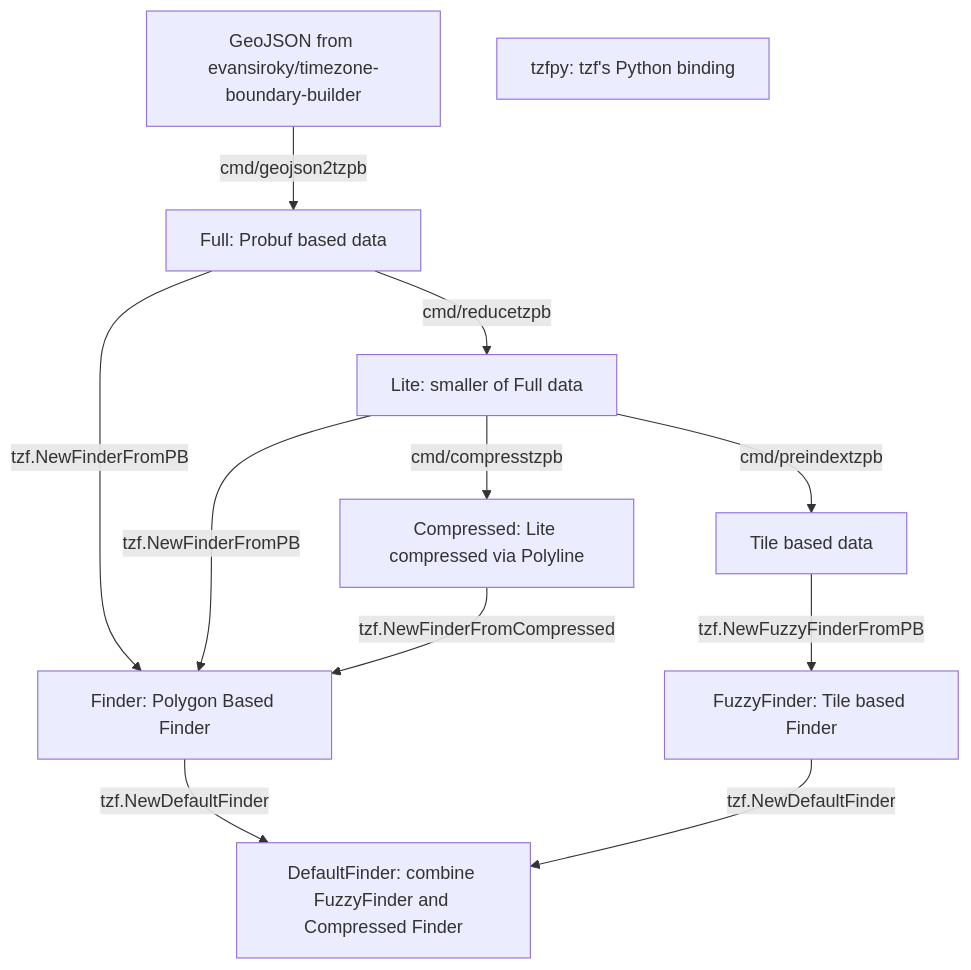
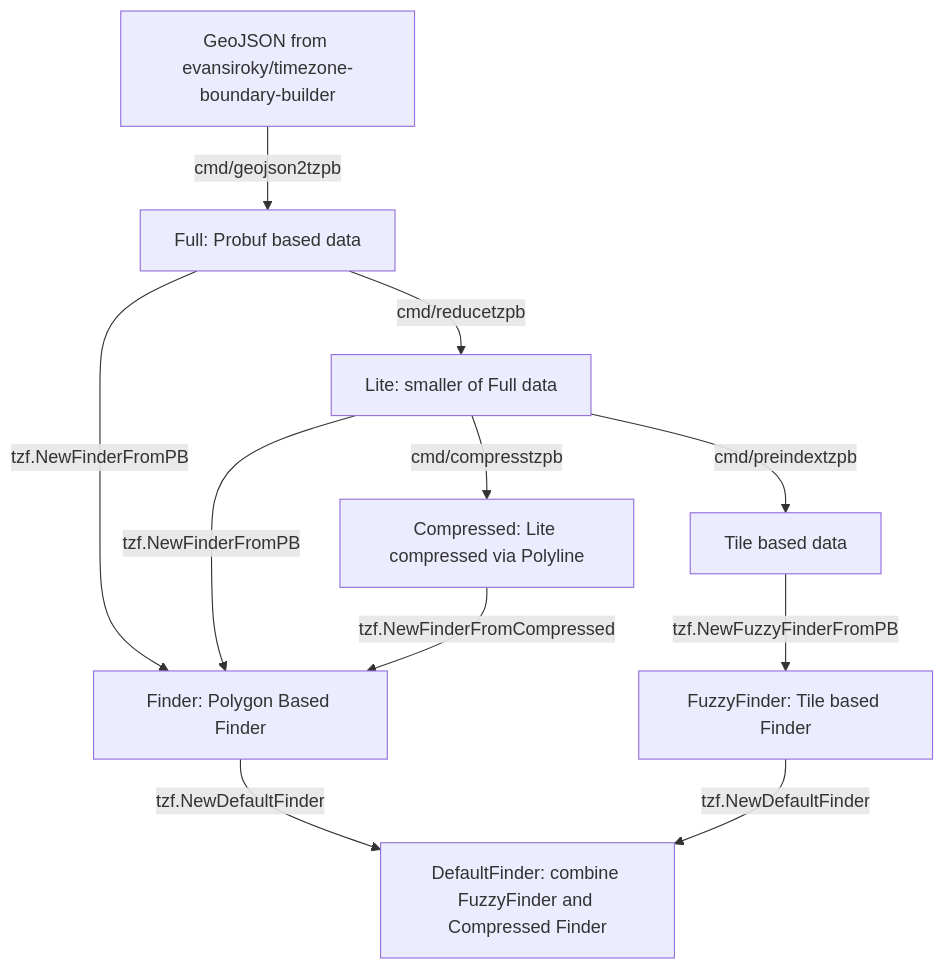
Before and after one commit to ringsaturn/tzf: the diagram in README.md, drawn with Mermaid.

````diff
--- a/README.md
+++ b/README.md
@@ -82,24 +82,22 @@
 ```mermaid
 graph TD
     Raw[GeoJSON from evansiroky/timezone-boundary-builder]
     Full[Full: Probuf based data]
     Lite[Lite: smaller of Full data]
     Compressed[Compressed: Lite compressed via Polyline]
     Preindex[Tile based data]
 
     Finder[Finder: Polygon Based Finder]
     FuzzyFinder[FuzzyFinder: Tile based Finder]
     DefaultFinder[DefaultFinder: combine FuzzyFinder and Compressed Finder]
 
-    tzfpy[tzfpy: tzf's Python binding]
-
     Raw --> |cmd/geojson2tzpb|Full
     Full --> |cmd/reducetzpb|Lite
     Lite --> |cmd/compresstzpb|Compressed
     Lite --> |cmd/preindextzpb|Preindex
 
     Full --> |tzf.NewFinderFromPB|Finder
     Lite --> |tzf.NewFinderFromPB|Finder
     Compressed --> |tzf.NewFinderFromCompressed|Finder --> |tzf.NewDefaultFinder|DefaultFinder
     Preindex --> |tzf.NewFuzzyFinderFromPB|FuzzyFinder --> |tzf.NewDefaultFinder|DefaultFinder
 ```
````
